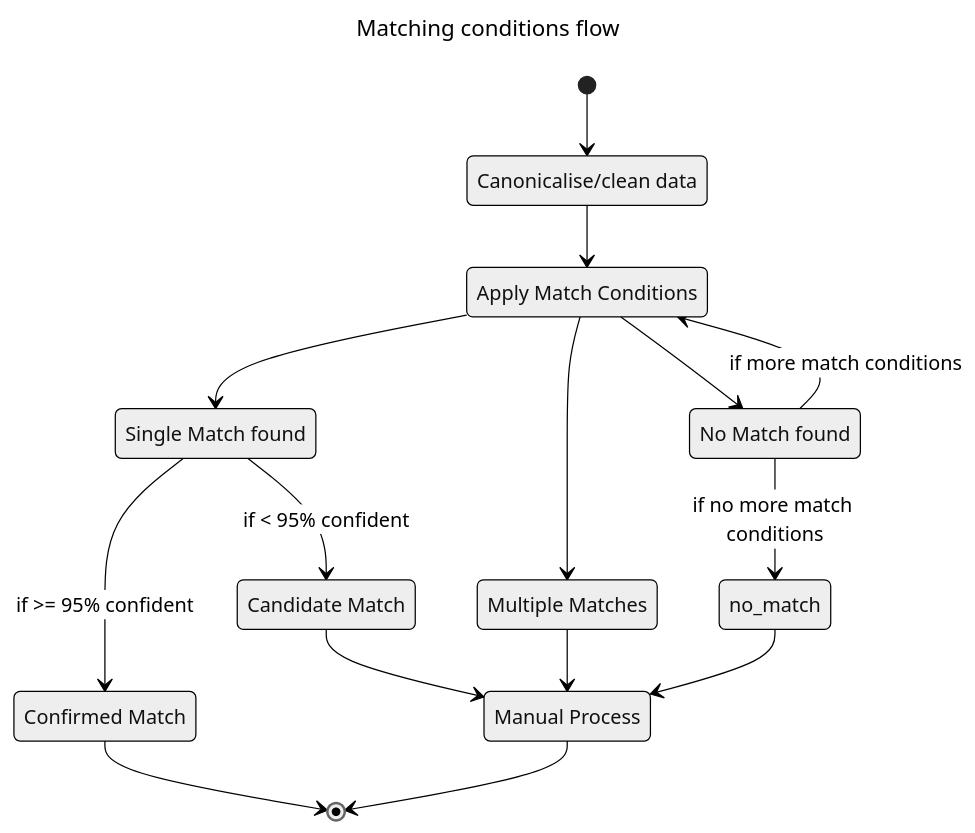
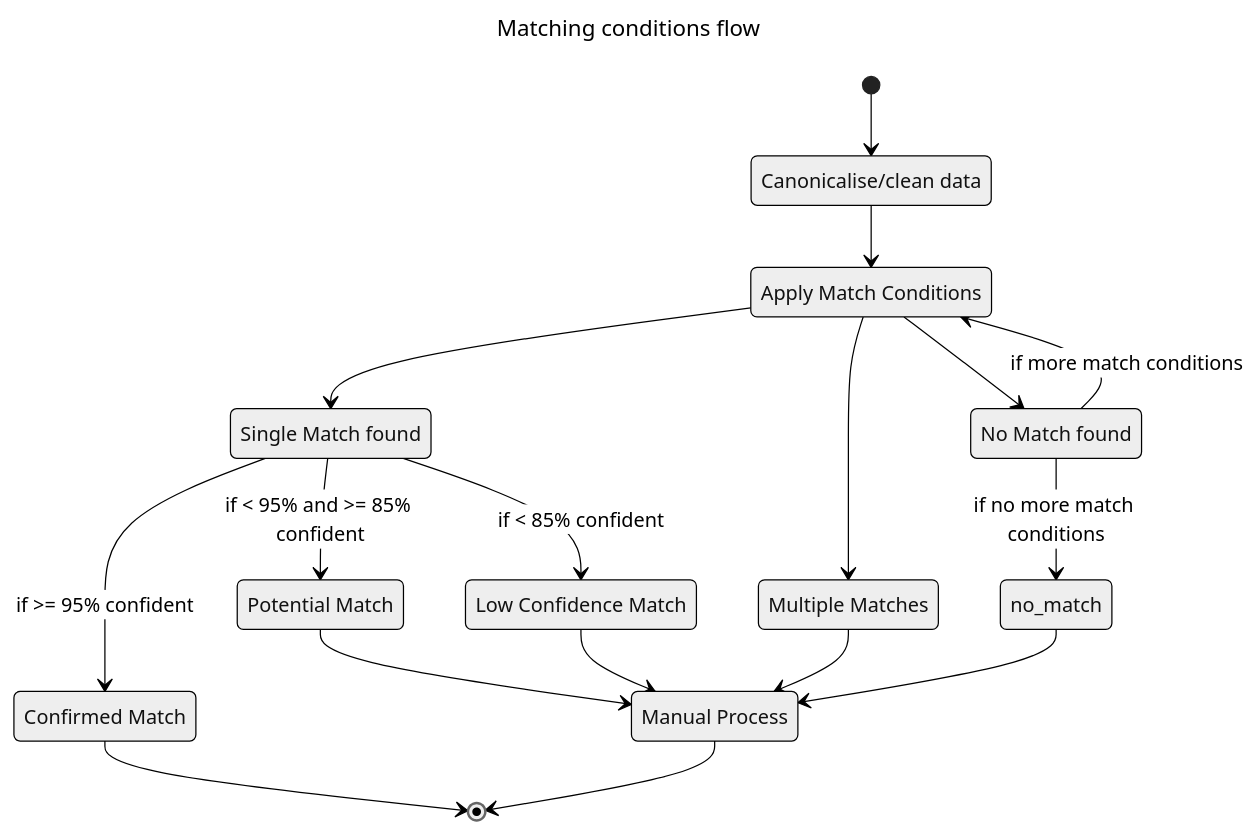
Before and after one commit to DFE-Digital/SUI_Matcher: the fourth of 4 diagrams in documentation/docs/architecture.md, drawn with Mermaid (neutral theme).

Commit message:
docs: Update architecuter.md
Low confidence search criteria update

````diff
--- a/documentation/docs/architecture.md
+++ b/documentation/docs/architecture.md
@@ -271,29 +271,32 @@
 ```mermaid
 ---
 title: Matching conditions flow
 ---
 stateDiagram-v2
     clean: Canonicalise/clean data
     apply_match_conditions: Apply Match Conditions
     if_single_match: Single Match found
     if_no_match_state: No Match found
     confirmed_match: Confirmed Match
-    candidate_match: Candidate Match
+    potential_match: Potential Match
+    low_confidence_match: Low Confidence Match
     manual_process: Manual Process
     multiple_match: Multiple Matches
     [*] --> clean
     clean --> apply_match_conditions
     apply_match_conditions --> if_single_match
     apply_match_conditions --> multiple_match
     multiple_match --> manual_process
     if_single_match --> confirmed_match: if >= 95% confident
-    if_single_match --> candidate_match: if < 95% confident
+    if_single_match --> potential_match: if < 95% and >= 85% confident
+    if_single_match --> low_confidence_match: if < 85% confident
     confirmed_match --> [*]
-    candidate_match --> manual_process
+    potential_match --> manual_process
+    low_confidence_match --> manual_process
     apply_match_conditions --> if_no_match_state
     if_no_match_state --> apply_match_conditions: if more match conditions
     if_no_match_state --> no_match: if no more match conditions
     no_match --> manual_process
     manual_process --> [*]
 
 ```
````
